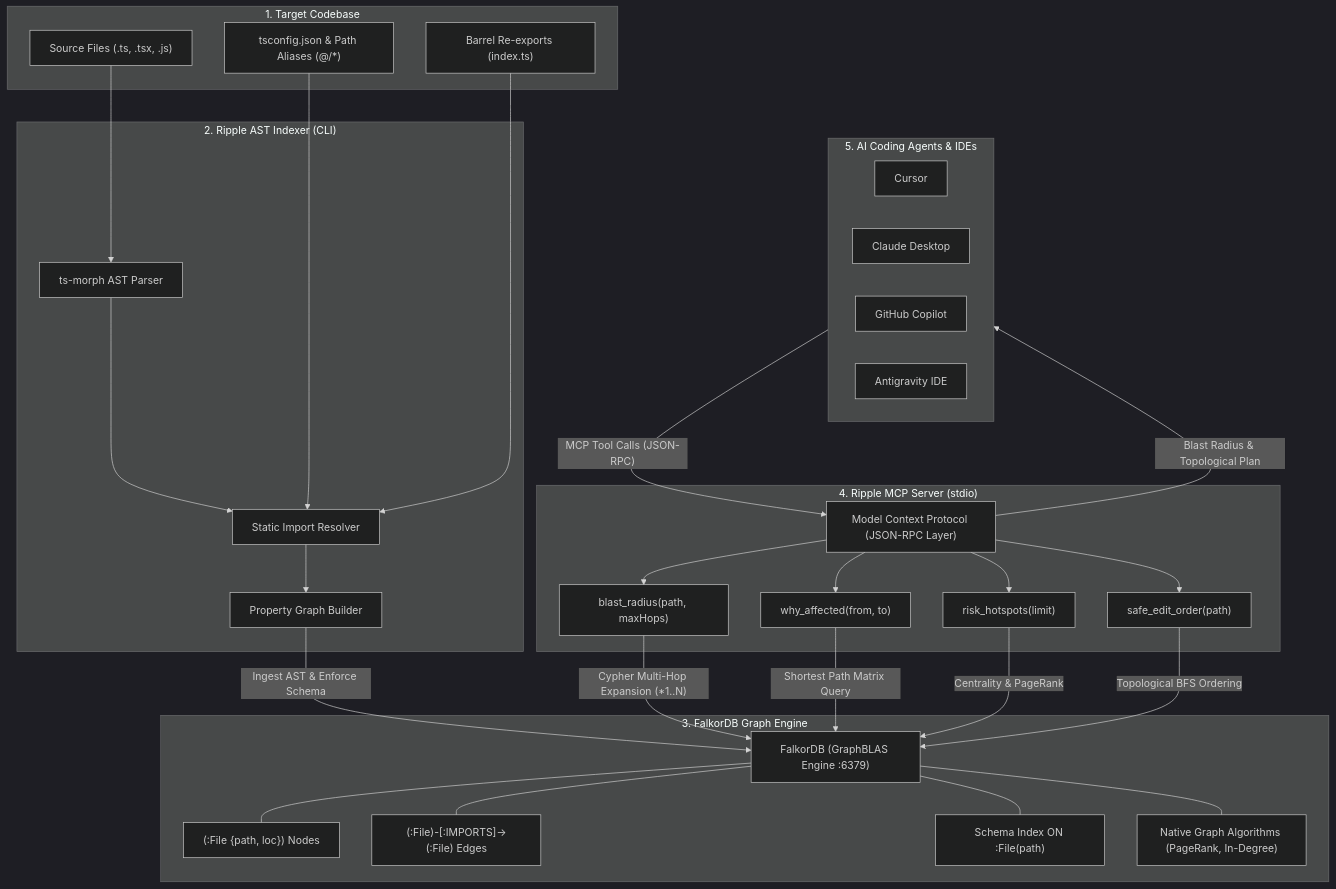
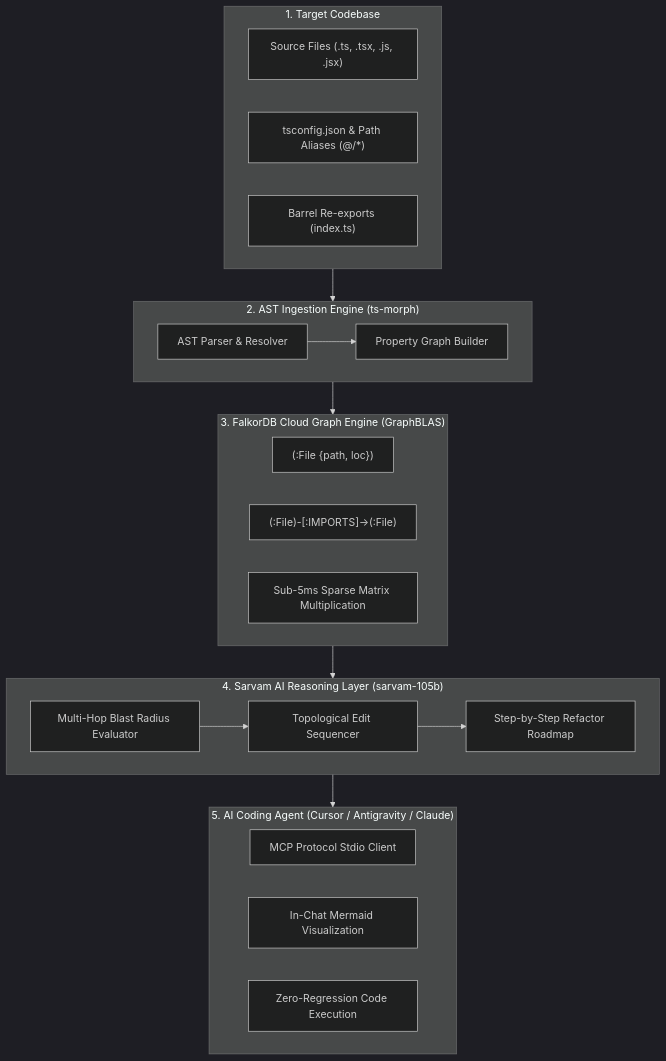
One commit to trivikramkalagi91-commits/Ripple changed the second of 2 diagrams in README.md. Above: the diagram before and after it, drawn with Mermaid (dark theme). The commit also changed other lines of this file and 20 other files, not shown here.

Commit message:
feat: upgrade to Sarvam-Ripple (Sarvam AI 105B MoE + FalkorDB Cloud + 2nd Prize Edition)

````diff
--- a/README.md
+++ b/README.md
@@ -43,60 +83,38 @@
 ```mermaid
 flowchart TD
-    subgraph Repo["1. Target Codebase"]
-        SourceFiles["Source Files (.ts, .tsx, .js)"]
+    subgraph TargetRepo["1. Target Codebase"]
+        SourceFiles["Source Files (.ts, .tsx, .js, .jsx)"]
         TSConfig["tsconfig.json & Path Aliases (@/*)"]
         Barrels["Barrel Re-exports (index.ts)"]
     end
 
-    subgraph Ingestion["2. Ripple AST Indexer (CLI)"]
-        TSMorph["ts-morph AST Parser"]
-        PathResolver["Static Import Resolver"]
-        GraphBuilder["Property Graph Builder"]
-        TSMorph --> PathResolver --> GraphBuilder
+    subgraph Indexer["2. AST Ingestion Engine (ts-morph)"]
+        Parser["AST Parser & Resolver"]
+        GraphMapper["Property Graph Builder"]
+        Parser --> GraphMapper
     end
 
-    subgraph DB["3. FalkorDB Graph Engine"]
-        FalkorCore["FalkorDB (GraphBLAS Engine :6379)"]
-        Nodes["(:File {path, loc}) Nodes"]
-        Edges["(:File)-[:IMPORTS]->(:File) Edges"]
-        Index["Schema Index ON :File(path)"]
-        Algorithms["Native Graph Algorithms (PageRank, In-Degree)"]
-        FalkorCore --- Nodes
-        FalkorCore --- Edges
-        FalkorCore --- Index
-        FalkorCore --- Algorithms
+    subgraph FalkorEngine["3. FalkorDB Cloud Graph Engine (GraphBLAS)"]
+        Nodes["(:File {path, loc})"]
+        Edges["(:File)-[:IMPORTS]->(:File)"]
+        Sub5ms["Sub-5ms Sparse Matrix Multiplication"]
     end
 
-    subgraph Server["4. Ripple MCP Server (stdio)"]
-        MCPLayer["Model Context Protocol (JSON-RPC Layer)"]
-        Tool1["blast_radius(path, maxHops)"]
-        Tool2["why_affected(from, to)"]
-        Tool3["risk_hotspots(limit)"]
-        Tool4["safe_edit_order(path)"]
-        MCPLayer --> Tool1
-        MCPLayer --> Tool2
-        MCPLayer --> Tool3
-        MCPLayer --> Tool4
+    subgraph SarvamIntelligence["4. Sarvam AI Reasoning Layer (sarvam-105b)"]
+        BlastEval["Multi-Hop Blast Radius Evaluator"]
+        TopoSort["Topological Edit Sequencer"]
+        SafePlan["Step-by-Step Refactor Roadmap"]
+        BlastEval --> TopoSort --> SafePlan
     end
 
-    subgraph Agents["5. AI Coding Agents & IDEs"]
-        Cursor["Cursor"]
-        Claude["Claude Desktop"]
-        Copilot["GitHub Copilot"]
-        Antigravity["Antigravity IDE"]
+    subgraph AgentClient["5. AI Coding Agent (Cursor / Antigravity / Claude)"]
+        MCPClient["MCP Protocol Stdio Client"]
+        InChatGraph["In-Chat Mermaid Visualization"]
+        AutoExecution["Zero-Regression Code Execution"]
     end
 
-    SourceFiles --> TSMorph
-    TSConfig --> PathResolver
-    Barrels --> PathResolver
-
-    GraphBuilder -- "Ingest AST & Enforce Schema" --> FalkorCore
-
-    Tool1 -- "Cypher Multi-Hop Expansion (*1..N)" --> FalkorCore
-    Tool2 -- "Shortest Path Matrix Query" --> FalkorCore
-    Tool3 -- "Centrality & PageRank" --> FalkorCore
-    Tool4 -- "Topological BFS Ordering" --> FalkorCore
-
-    Agents -- "MCP Tool Calls (JSON-RPC)" --> MCPLayer
-    MCPLayer -- "Blast Radius & Topological Plan" --> Agents
+    TargetRepo --> Indexer
+    Indexer --> FalkorEngine
+    FalkorEngine --> SarvamIntelligence
+    SarvamIntelligence --> AgentClient
 ```
````
